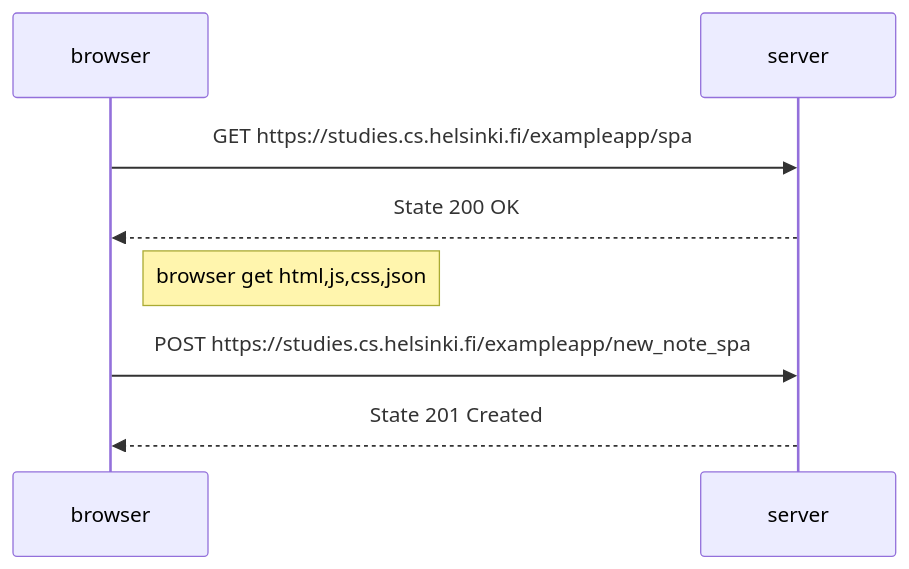
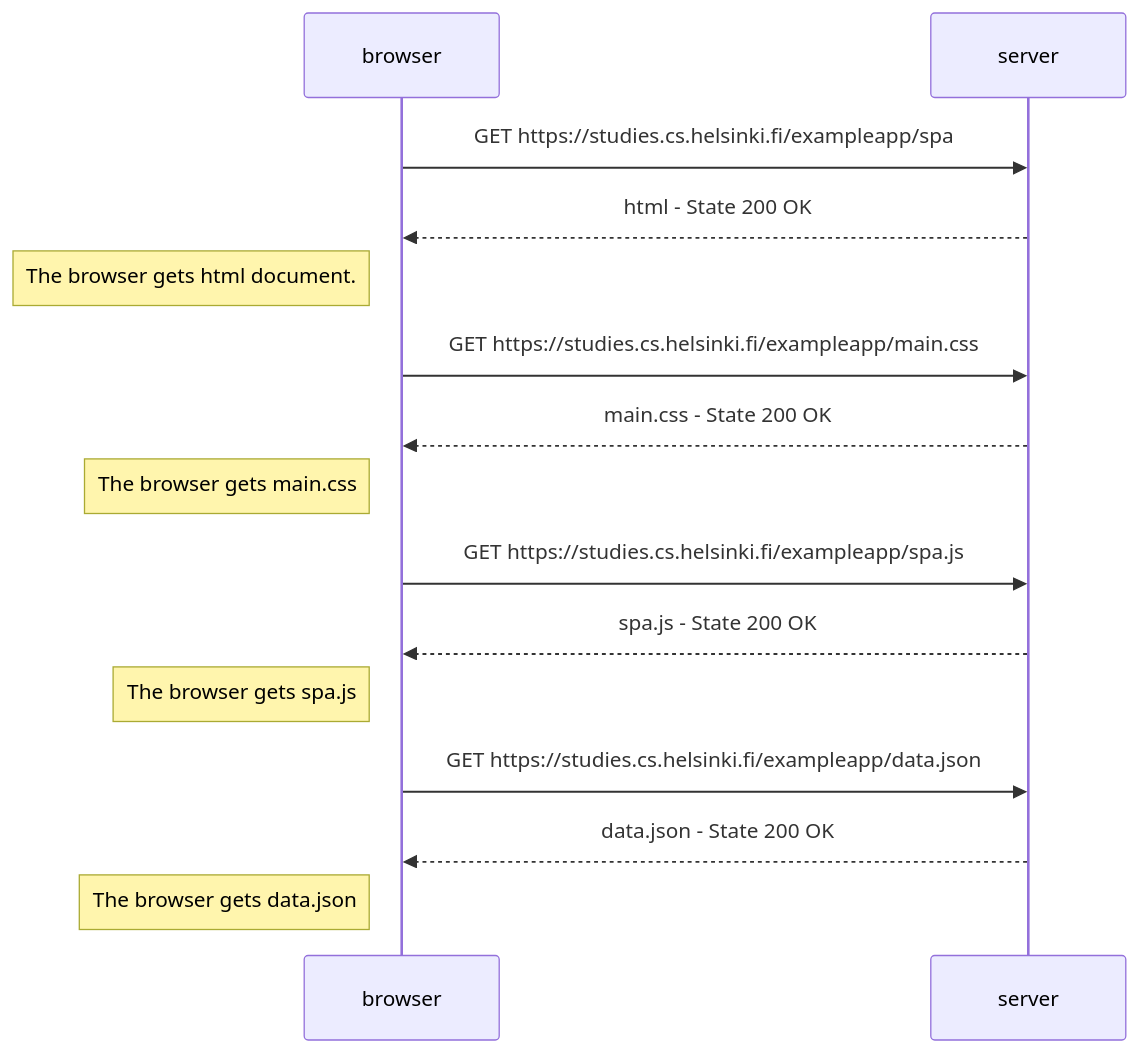
One commit to GeanVillamar/Part0 changed the diagram in 0.5 : Single Page Application Diagram.md. Above: the diagram before and after it, drawn with Mermaid.

Commit message:
Update 0.5 : Single Page Application Diagram.md

````diff
--- a/0.5 : Single Page Application Diagram.md
+++ b/0.5 : Single Page Application Diagram.md
@@ -1,11 +1,17 @@
 ```mermaid
 sequenceDiagram
     participant browser
     participant server
     browser->>server: GET https://studies.cs.helsinki.fi/exampleapp/spa
-    server-->>browser: State 200 OK
-    Note right of browser: browser get html,js,css,json
-    browser->>server: POST https://studies.cs.helsinki.fi/exampleapp/new_note_spa
-    server-->>browser: State 201 Created
-   
+    server-->>browser: html - State 200 OK
+    Note left of browser: The browser gets html document.
+    browser->>server: GET https://studies.cs.helsinki.fi/exampleapp/main.css
+    server-->>browser: main.css - State 200 OK
+    Note left of browser: The browser gets main.css
+    browser->>server: GET https://studies.cs.helsinki.fi/exampleapp/spa.js
+    server-->>browser: spa.js - State 200 OK
+    Note left of browser: The browser gets spa.js
+    browser->>server: GET https://studies.cs.helsinki.fi/exampleapp/data.json
+    server-->>browser: data.json - State 200 OK
+    Note left of browser: The browser gets data.json
 ```
````
